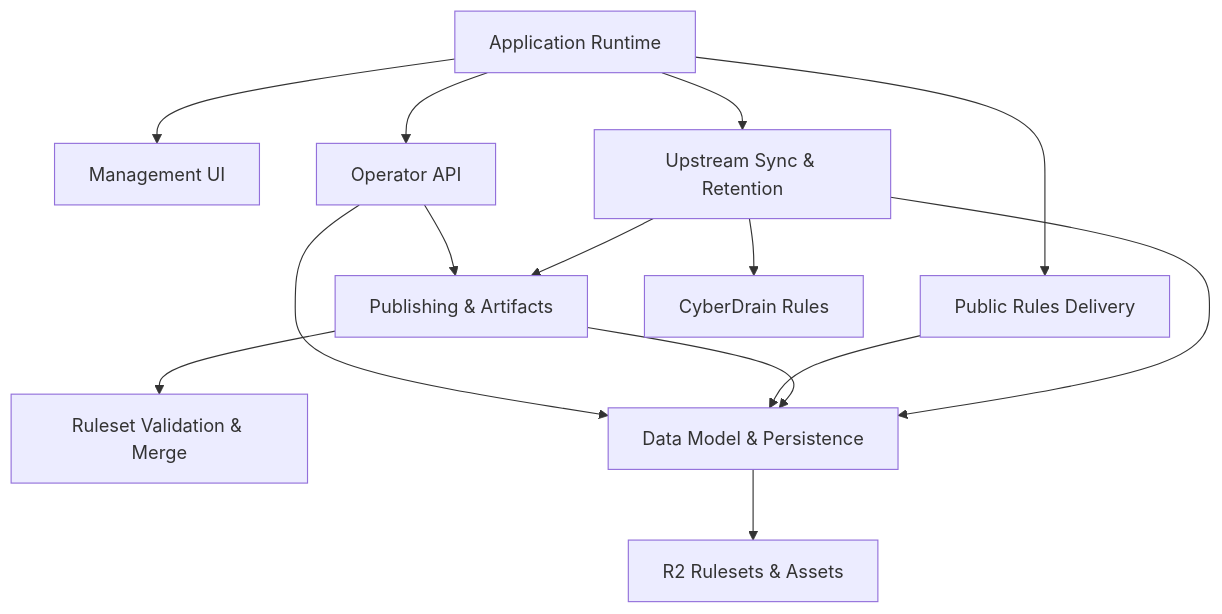
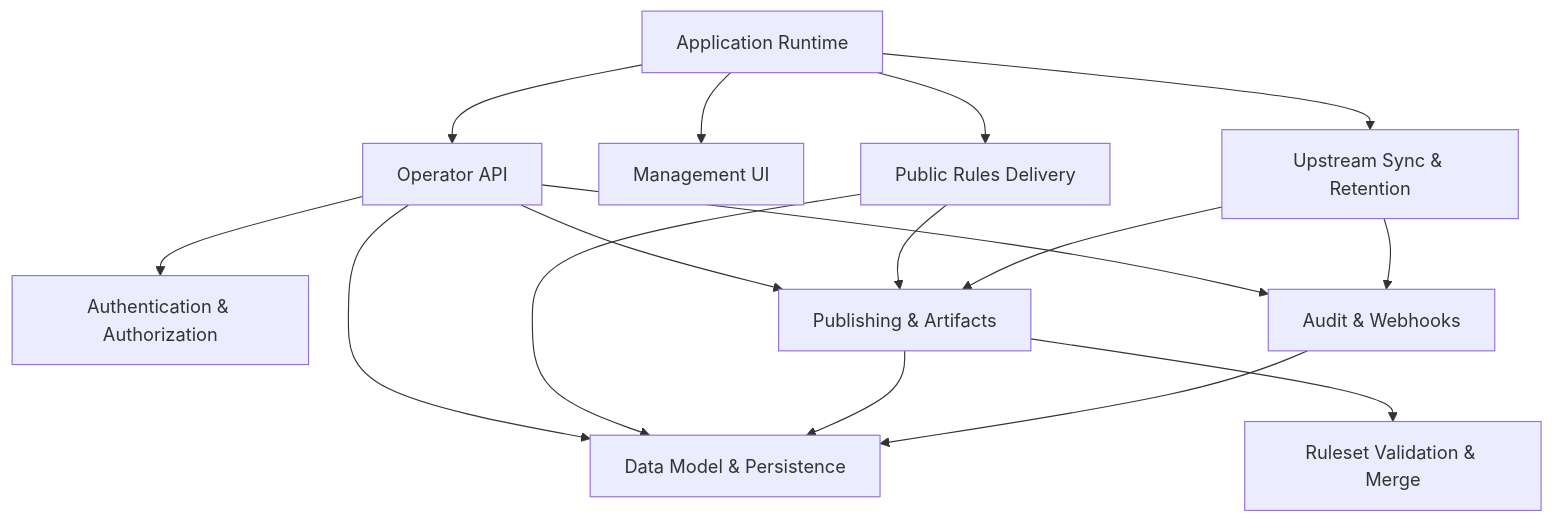
The diagram in docs/wiki/README.md (DailenG/CheckDeployManager), drawn with Mermaid before and after one commit. The commit also changed other lines of this file and 21 other files, not shown here.

````diff
--- a/docs/wiki/README.md
+++ b/docs/wiki/README.md
@@ -16,19 +20,29 @@
 ```mermaid
 flowchart TD
-  Worker[Application Runtime] --> UI[Management UI]
-  Worker --> API[Operator API]
-  Worker --> Rules[Public Rules Delivery]
-  Worker --> Cron[Upstream Sync & Retention]
+  Worker[Application Runtime]
+  Auth[Authentication & Authorization]
+  API[Operator API]
+  UI[Management UI]
+  Public[Public Rules Delivery]
+  Upstream[Upstream Sync & Retention]
+  Publish[Publishing & Artifacts]
+  Validate[Ruleset Validation & Merge]
+  Audit[Audit & Webhooks]
+  Data[Data Model & Persistence]
 
-  API --> Publish[Publishing & Artifacts]
-  Cron --> Publish
-  Publish --> Merge[Ruleset Validation & Merge]
-
-  API --> Data[Data Model & Persistence]
-  Rules --> Data
+  Worker --> API
+  Worker --> UI
+  Worker --> Public
+  Worker --> Upstream
+  API --> Auth
+  API --> Data
+  API --> Publish
+  API --> Audit
+  Public --> Data
+  Public --> Publish
+  Upstream --> Publish
+  Upstream --> Audit
+  Publish --> Validate
   Publish --> Data
-  Cron --> Data
-
-  Data --> R2[R2 Rulesets & Assets]
-  Cron --> Upstream[CyberDrain Rules]
+  Audit --> Data
 ```
````
